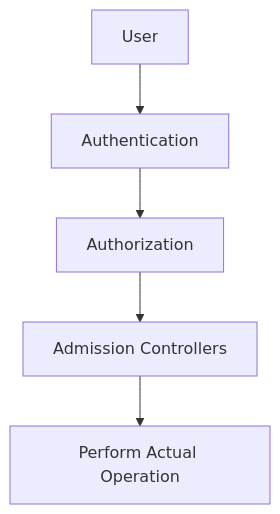
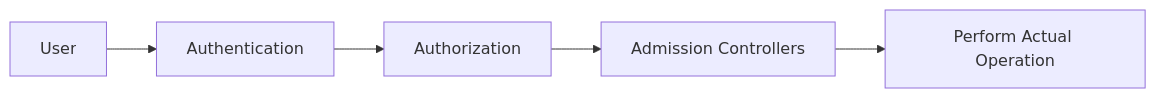
One commit to dilanka-rathnasiri/ckad changed the first of 3 diagrams in security/28_admission_controllers.md. Above: the diagram before and after it, drawn with Mermaid. The commit also changed other lines of this file, not shown here.

````diff
--- a/security/28_admission_controllers.md
+++ b/security/28_admission_controllers.md
@@ -5,4 +5,4 @@
 ```mermaid
-flowchart
+flowchart LR
     A["User"] --> B["Authentication"] --> C["Authorization"] --> D["Admission Controllers"] --> E["Perform Actual Operation"]
 ```
````
